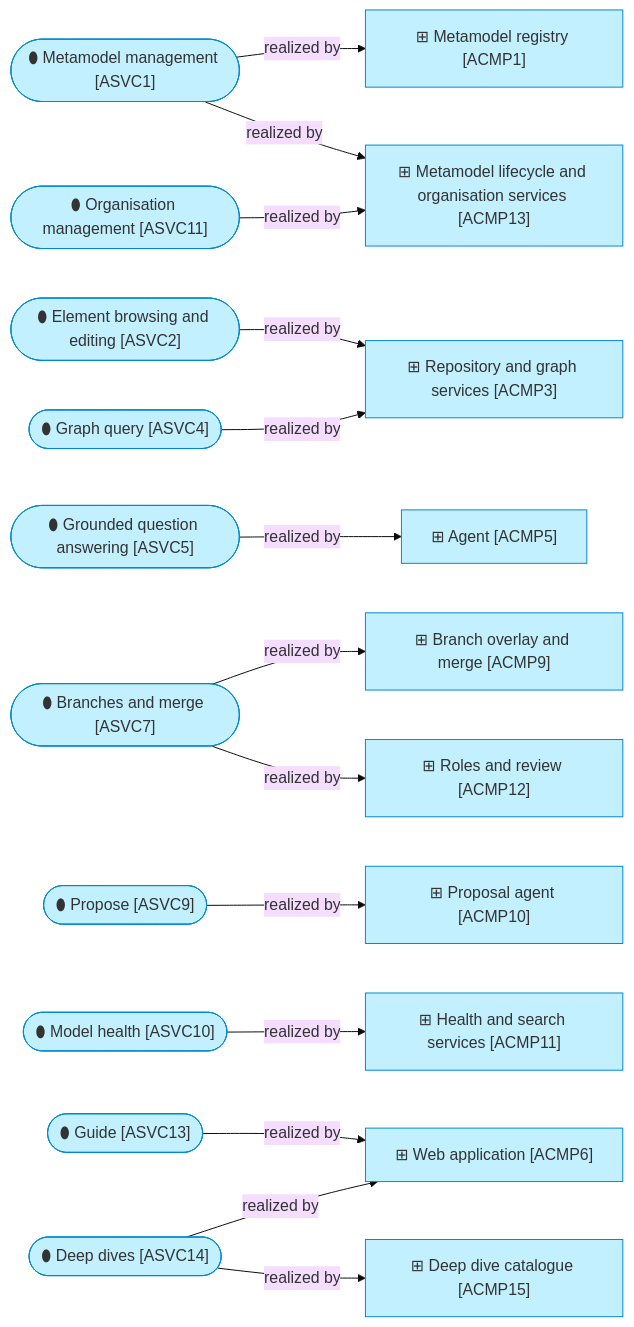
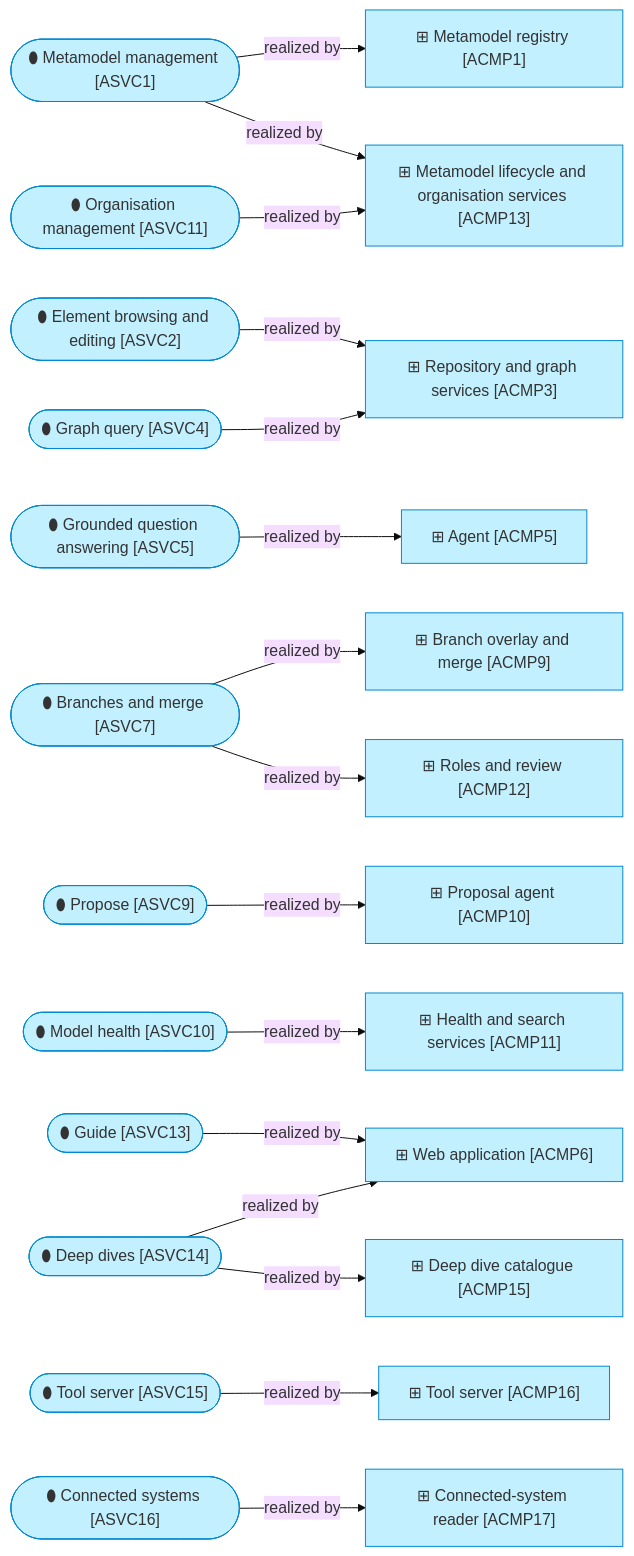
The fourth of 4 diagrams in architecture/4_application/1_application-services.md (roanboc/dbx-enterprise-architecture), drawn with Mermaid (base theme) before and after one commit. The commit also changed other lines of this file and 15 other files, not shown here.

First line of the commit message:
docs(architecture): initiative 26 built — the application and technology layers aligned, GAP7, GAP28 and GAP29 closed

````diff
--- a/architecture/4_application/1_application-services.md
+++ b/architecture/4_application/1_application-services.md
@@ -126,38 +139,44 @@
 ```mermaid
 flowchart LR
   s1(["⬮ Metamodel management [ASVC1]"]):::application
   s2(["⬮ Element browsing and editing [ASVC2]"]):::application
   s4(["⬮ Graph query [ASVC4]"]):::application
   s5(["⬮ Grounded question answering [ASVC5]"]):::application
   s7(["⬮ Branches and merge [ASVC7]"]):::application
   s9(["⬮ Propose [ASVC9]"]):::application
   s10(["⬮ Model health [ASVC10]"]):::application
   s11(["⬮ Organisation management [ASVC11]"]):::application
   s13(["⬮ Guide [ASVC13]"]):::application
   s14(["⬮ Deep dives [ASVC14]"]):::application
+  s15(["⬮ Tool server [ASVC15]"]):::application
+  s16(["⬮ Connected systems [ASVC16]"]):::application
   c1["⊞ Metamodel registry [ACMP1]"]:::application
   c3["⊞ Repository and graph services [ACMP3]"]:::application
   c5["⊞ Agent [ACMP5]"]:::application
   c6["⊞ Web application [ACMP6]"]:::application
   c9["⊞ Branch overlay and merge [ACMP9]"]:::application
   c10["⊞ Proposal agent [ACMP10]"]:::application
   c11["⊞ Health and search services [ACMP11]"]:::application
   c12["⊞ Roles and review [ACMP12]"]:::application
   c13["⊞ Metamodel lifecycle and organisation services [ACMP13]"]:::application
   c15["⊞ Deep dive catalogue [ACMP15]"]:::application
+  c16["⊞ Tool server [ACMP16]"]:::application
+  c17["⊞ Connected-system reader [ACMP17]"]:::application
   s1 -->|realized by| c1
   s1 -->|realized by| c13
   s2 -->|realized by| c3
   s4 -->|realized by| c3
   s5 -->|realized by| c5
   s7 -->|realized by| c9
   s7 -->|realized by| c12
   s9 -->|realized by| c10
   s10 -->|realized by| c11
   s11 -->|realized by| c13
   s13 -->|realized by| c6
   s14 -->|realized by| c15
   s14 -->|realized by| c6
+  s15 -->|realized by| c16
+  s16 -->|realized by| c17
 
   classDef application fill:#c2f0ff,stroke:#0288d1,color:#333
 ```
````
